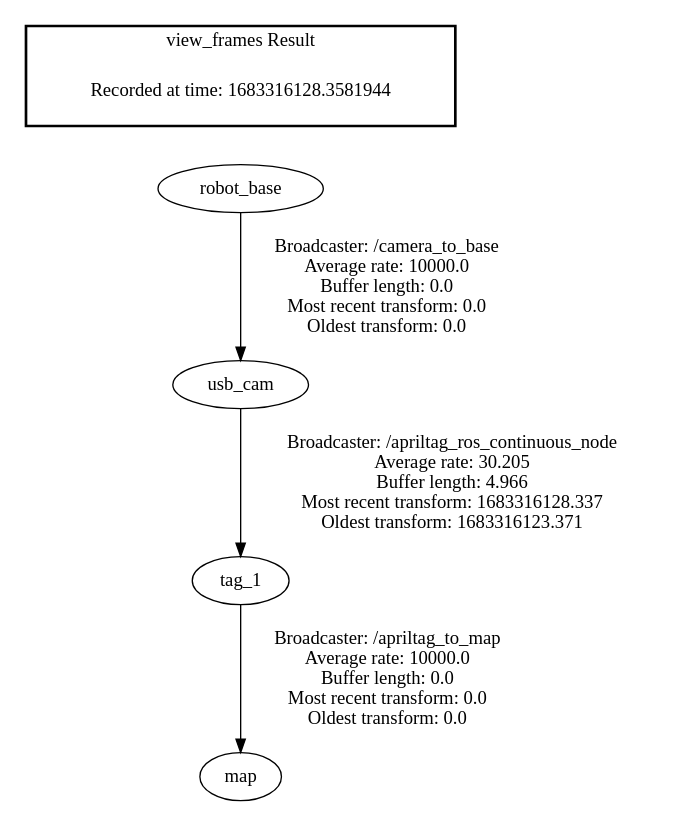
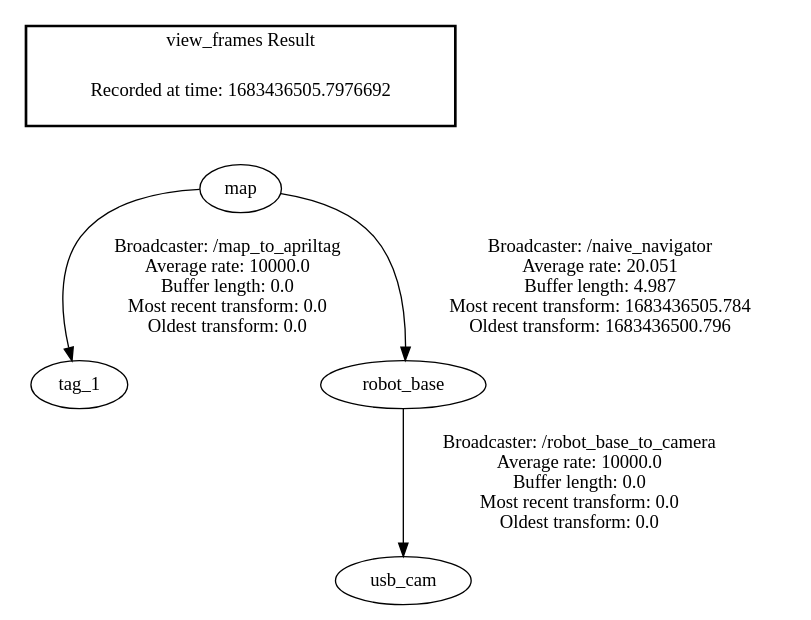
One commit to MARS-UVA/mars-ros changed the diagram in src/navigation/frames.gv. Above: the diagram before and after it, drawn with Graphviz. The commit also changed 4 other files, not shown here.

Commit message:
Calculate robot position from tag detections and tf transforms

```diff
--- a/src/navigation/frames.gv
+++ b/src/navigation/frames.gv
@@ -1,9 +1,9 @@
 digraph G {
-"tag_1" -> "map"[label=" Broadcaster: /apriltag_to_map\nAverage rate: 10000.0\nBuffer length: 0.0\nMost recent transform: 0.0\nOldest transform: 0.0\n"];
-"usb_cam" -> "tag_1"[label=" Broadcaster: /apriltag_ros_continuous_node\nAverage rate: 30.205\nBuffer length: 4.966\nMost recent transform: 1683316128.337\nOldest transform: 1683316123.371\n"];
-"robot_base" -> "usb_cam"[label=" Broadcaster: /camera_to_base\nAverage rate: 10000.0\nBuffer length: 0.0\nMost recent transform: 0.0\nOldest transform: 0.0\n"];
+"map" -> "tag_1"[label=" Broadcaster: /map_to_apriltag\nAverage rate: 10000.0\nBuffer length: 0.0\nMost recent transform: 0.0\nOldest transform: 0.0\n"];
+"map" -> "robot_base"[label=" Broadcaster: /naive_navigator\nAverage rate: 20.051\nBuffer length: 4.987\nMost recent transform: 1683436505.784\nOldest transform: 1683436500.796\n"];
+"robot_base" -> "usb_cam"[label=" Broadcaster: /robot_base_to_camera\nAverage rate: 10000.0\nBuffer length: 0.0\nMost recent transform: 0.0\nOldest transform: 0.0\n"];
 edge [style=invis];
  subgraph cluster_legend { style=bold; color=black; label ="view_frames Result";
-"Recorded at time: 1683316128.3581944"[ shape=plaintext ] ;
-}->"robot_base";
+"Recorded at time: 1683436505.7976692"[ shape=plaintext ] ;
+}->"map";
 }
```
